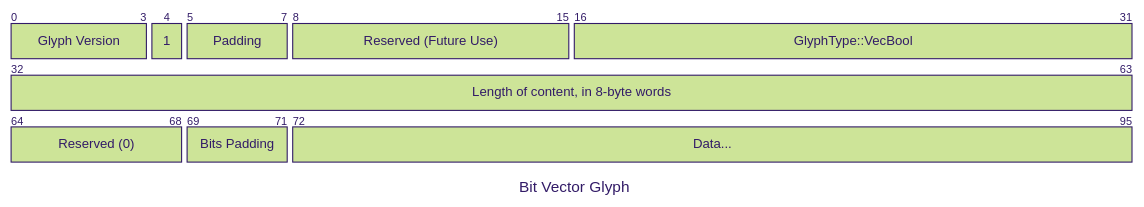
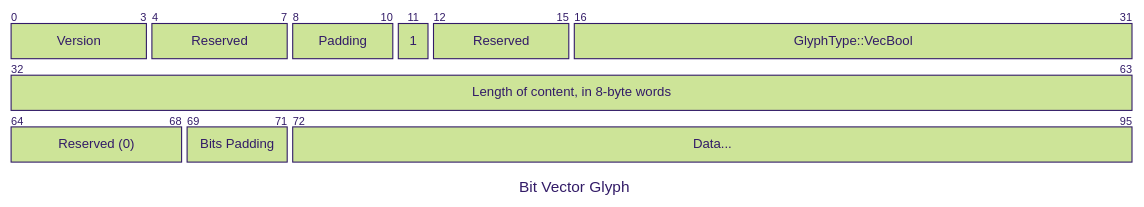
The fourth of 15 diagrams in src/binary_formats.md (elara-themica/glifs-contributor-guide), drawn with Mermaid (forest theme) before and after one commit. The commit also changed other lines of this file, not shown here.

````diff
--- a/src/binary_formats.md
+++ b/src/binary_formats.md
@@ -101,15 +115,16 @@
 ```mermaid
 ---
 title: "Bit Vector Glyph"
 ---
 packet-beta
-0-3: "Glyph Version"
-4: "1"
-5-7: "Padding"
-8-15: "Reserved (Future Use)"
+0-3: "Version"
+4-7: "Reserved"
+8-10: "Padding"
+11: "1"
+12-15: "Reserved"
 16-31: "GlyphType::VecBool"
 32-63: "Length of content, in 8-byte words"
 64-68: "Reserved (0)"
 69-71: "Bits Padding"
 72-95: "Data..."
 ```
````
